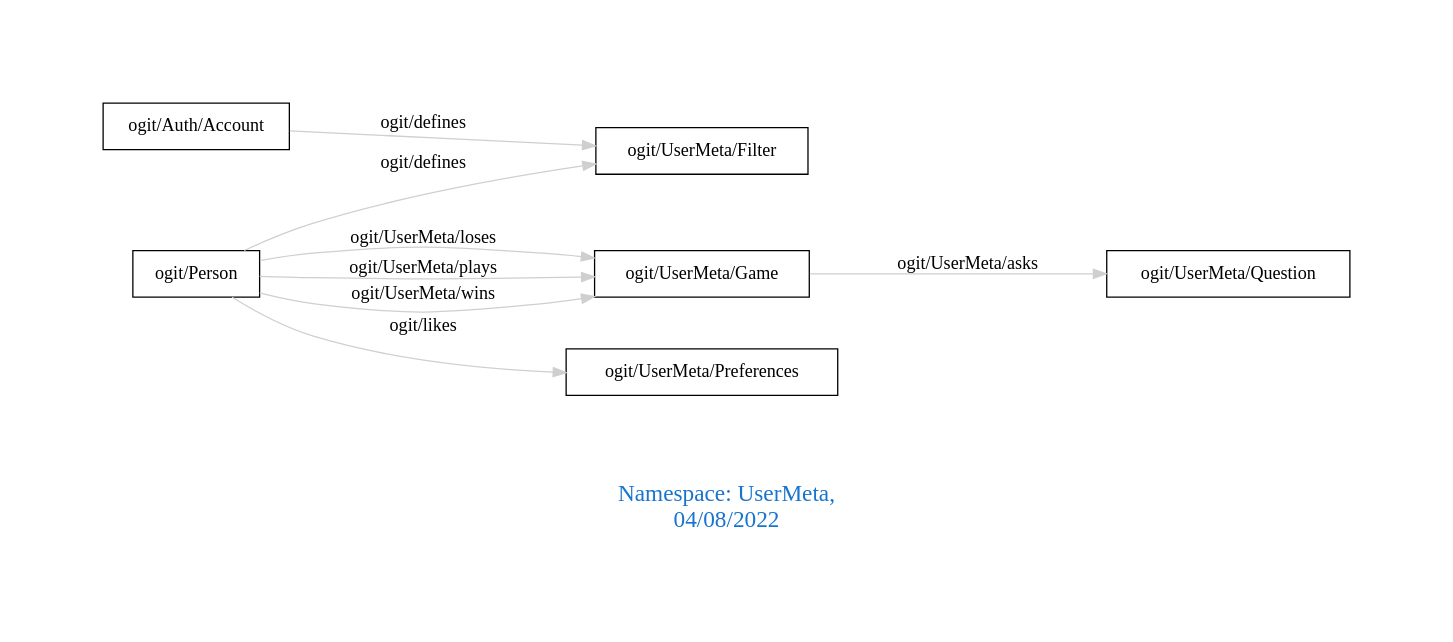
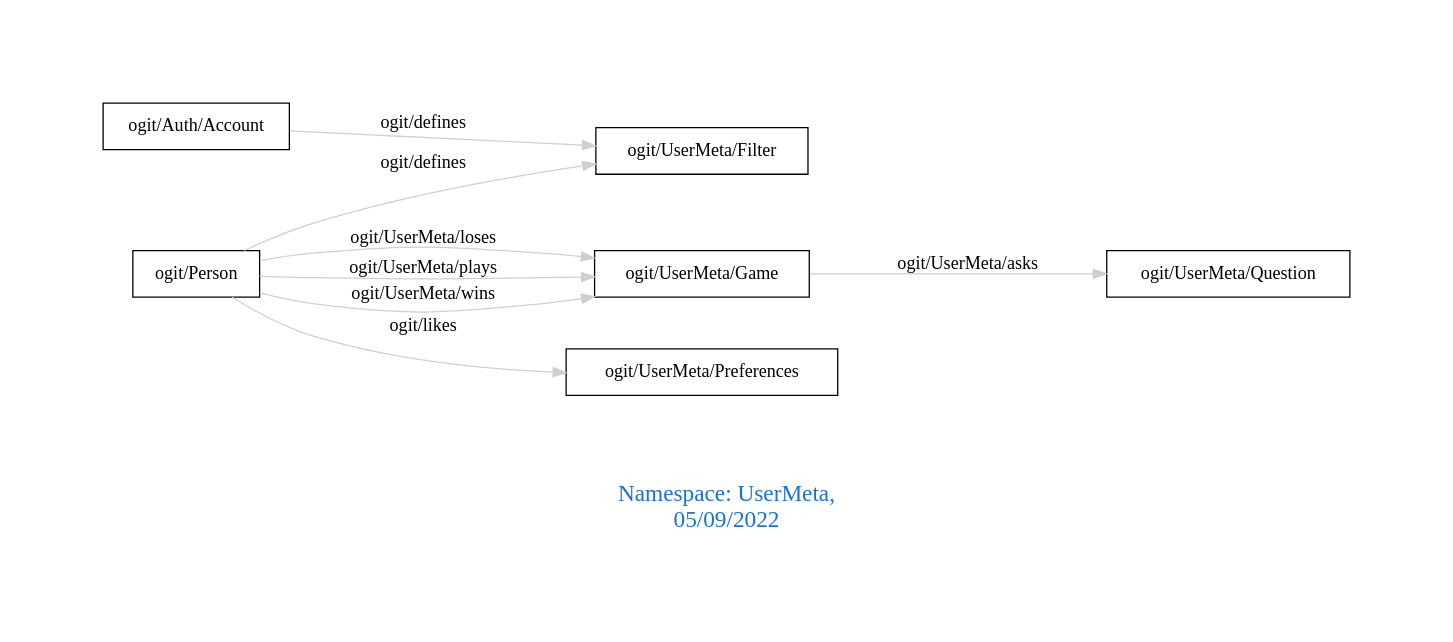
Before and after one commit to arago/OGIT: the diagram in downloads/UserMeta.dot, drawn with Graphviz. The commit also changed 1913 other files, not shown here.

```diff
--- a/downloads/UserMeta.dot
+++ b/downloads/UserMeta.dot
@@ -1,15 +1,15 @@
 digraph OGIT_ontology {
  graph [ rankdir= LR,pad=1 
 fontsize = 18,
-fontcolor= dodgerblue3,label = "\n\n\nNamespace: UserMeta, \n 04/08/2022"];
+fontcolor= dodgerblue3,label = "\n\n\nNamespace: UserMeta, \n 05/09/2022"];
 node[shape=polygon];
 edge [  color="gray81"];
 
    "ogit/Auth/Account" -> "ogit/UserMeta/Filter" [label="   ogit/defines    "];
    "ogit/Person" -> "ogit/UserMeta/Filter" [label="   ogit/defines    "];
    "ogit/UserMeta/Game" -> "ogit/UserMeta/Question" [label="   ogit/UserMeta/asks    "];
    "ogit/Person" -> "ogit/UserMeta/Preferences" [label="   ogit/likes    "];
    "ogit/Person" -> "ogit/UserMeta/Game" [label="   ogit/UserMeta/loses    "];
    "ogit/Person" -> "ogit/UserMeta/Game" [label="   ogit/UserMeta/plays    "];
    "ogit/Person" -> "ogit/UserMeta/Game" [label="   ogit/UserMeta/wins    "];
 }
```
